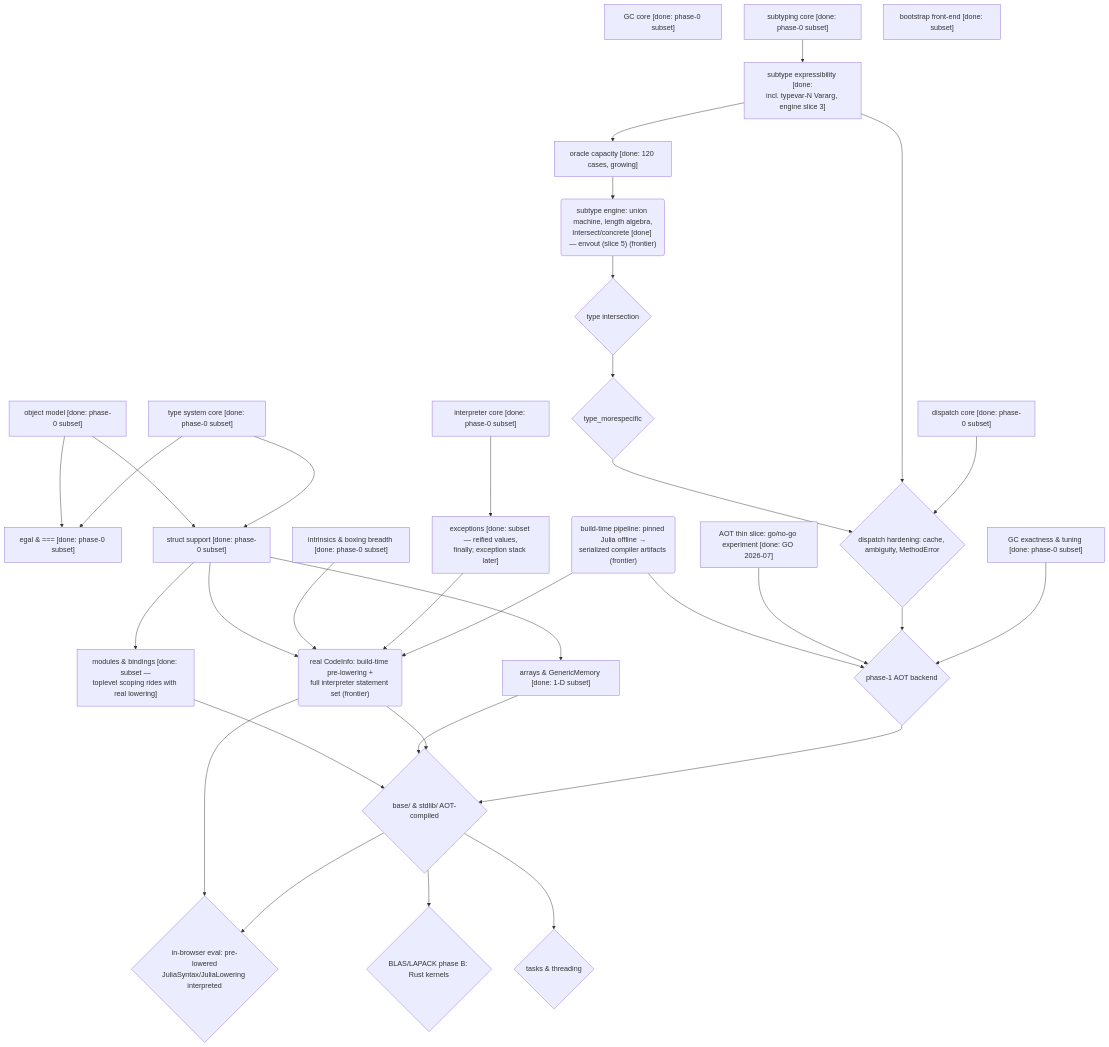
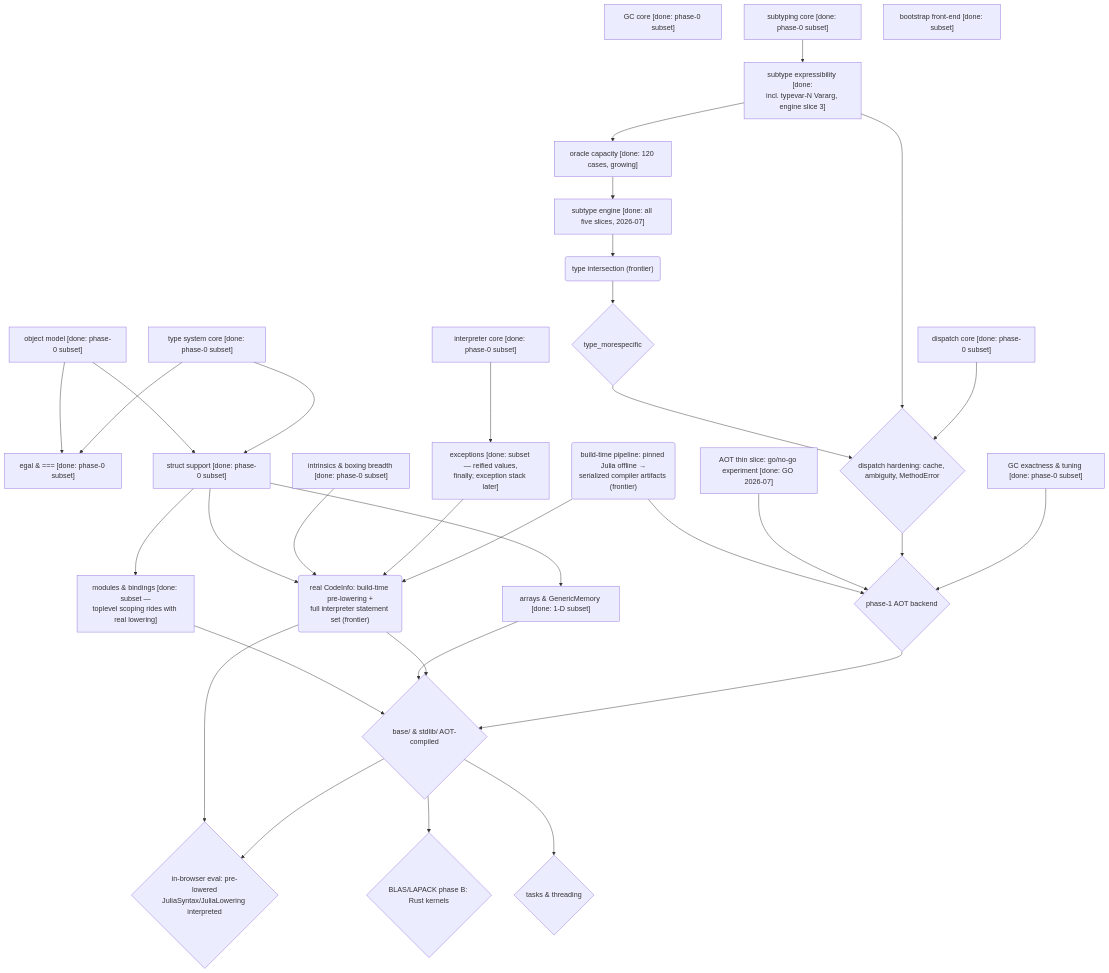
One commit to andy-emerson/Ruju changed the diagram in design/strategy.md. Above: the diagram before and after it, drawn with Mermaid. The commit also changed other lines of this file and 7 other files, not shown here.

````diff
--- a/design/strategy.md
+++ b/design/strategy.md
@@ -127,65 +127,65 @@
 ```mermaid
 flowchart TD
     OBJ["object model [done: phase-0 subset]"]
     GC0["GC core [done: phase-0 subset]"]
     TYPES["type system core [done: phase-0 subset]"]
     SUB0["subtyping core [done: phase-0 subset]"]
     DISP0["dispatch core [done: phase-0 subset]"]
     INTERP0["interpreter core [done: phase-0 subset]"]
     FE0["bootstrap front-end [done: subset]"]
 
     EGAL["egal & === [done: phase-0 subset]"]
     STRUCTS["struct support [done: phase-0 subset]"]
     INTRIN["intrinsics & boxing breadth [done: phase-0 subset]"]
     GCX["GC exactness & tuning [done: phase-0 subset]"]
     SUBXE["subtype expressibility [done:<br/>incl. typevar-N Vararg, engine slice 3]"]
     EXC["exceptions [done: subset — reified values,<br/>finally; exception stack later]"]
 
     ORACLE["oracle capacity [done: 120 cases, growing]"]
-    SUBXM("subtype engine: union machine, length algebra,<br/>Intersect/concrete [done] — envout (slice 5) (frontier)")
-    ISECT{"type intersection"}
+    SUBXM["subtype engine [done: all five slices, 2026-07]"]
+    ISECT("type intersection (frontier)")
     MORESPEC{"type_morespecific"}
     DISPX{"dispatch hardening: cache, ambiguity, MethodError"}
     ARRAYS["arrays & GenericMemory [done: 1-D subset]"]
     MODULES["modules & bindings [done: subset —<br/>toplevel scoping rides with real lowering]"]
     BOOTPIPE("build-time pipeline: pinned Julia offline →<br/>serialized compiler artifacts (frontier)")
     THINSLICE["AOT thin slice: go/no-go experiment [done: GO 2026-07]"]
     LOWER("real CodeInfo: build-time pre-lowering +<br/>full interpreter statement set (frontier)")
     EVAL{"in-browser eval: pre-lowered<br/>JuliaSyntax/JuliaLowering interpreted"}
     AOT{"phase-1 AOT backend"}
     BASE{"base/ & stdlib/ AOT-compiled"}
     BLAS{"BLAS/LAPACK phase B: Rust kernels"}
     TASKS{"tasks & threading"}
 
     OBJ --> STRUCTS
     TYPES --> STRUCTS
     OBJ --> EGAL
     TYPES --> EGAL
     SUB0 --> SUBXE
     SUBXE --> ORACLE
     ORACLE --> SUBXM
     SUBXM --> ISECT
     ISECT --> MORESPEC
     MORESPEC --> DISPX
     SUBXE --> DISPX
     DISP0 --> DISPX
     STRUCTS --> ARRAYS
     STRUCTS --> MODULES
     INTERP0 --> EXC
     STRUCTS --> LOWER
     INTRIN --> LOWER
     EXC --> LOWER
     BOOTPIPE --> LOWER
     BOOTPIPE --> AOT
     THINSLICE --> AOT
     LOWER --> EVAL
     BASE --> EVAL
     MODULES --> BASE
     ARRAYS --> BASE
     LOWER --> BASE
     AOT --> BASE
     DISPX --> AOT
     GCX --> AOT
     BASE --> BLAS
     BASE --> TASKS
 ```
````
